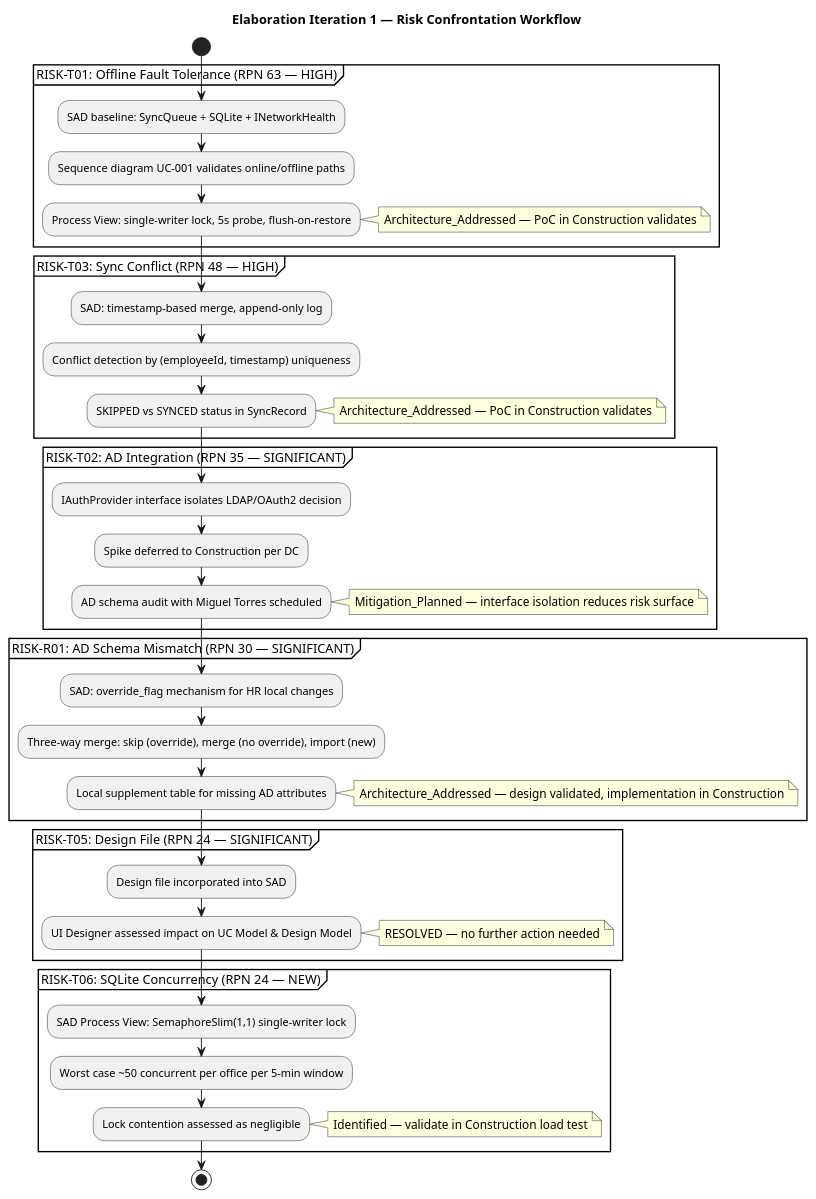
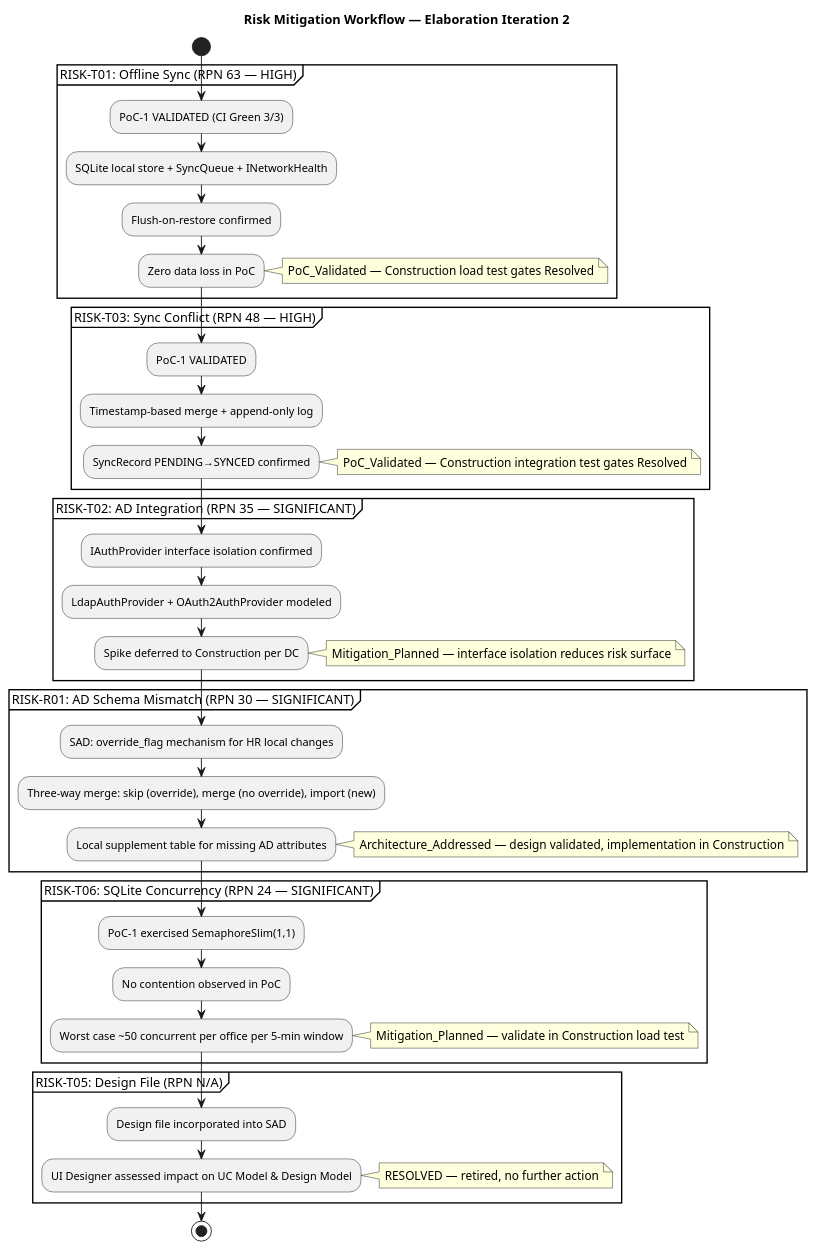
Before and after one commit to banense-test/demo-janke-lab: the fifth of 5 diagrams in docs/artifacts/project-management/risk-list.md, drawn with PlantUML. The commit also changed other lines of this file, not shown here.

First line of the commit message:
Project Manager [E2]: upsert Risk List

````diff
--- a/docs/artifacts/project-management/risk-list.md
+++ b/docs/artifacts/project-management/risk-list.md
@@ -301,50 +446,50 @@
 ```plantuml
 @startuml
-title Elaboration Iteration 1 — Risk Confrontation Workflow
+title Risk Mitigation Workflow — Elaboration Iteration 2
 
 start
-
-partition "RISK-T01: Offline Fault Tolerance (RPN 63 — HIGH)" {
-  :SAD baseline: SyncQueue + SQLite + INetworkHealth;
-  :Sequence diagram UC-001 validates online/offline paths;
-  :Process View: single-writer lock, 5s probe, flush-on-restore;
-  note right: Architecture_Addressed — PoC in Construction validates
+partition "RISK-T01: Offline Sync (RPN 63 — HIGH)" {
+  :PoC-1 VALIDATED (CI Green 3/3);
+  :SQLite local store + SyncQueue + INetworkHealth;
+  :Flush-on-restore confirmed;
+  :Zero data loss in PoC;
+  note right: PoC_Validated — Construction load test gates Resolved
 }
 
 partition "RISK-T03: Sync Conflict (RPN 48 — HIGH)" {
-  :SAD: timestamp-based merge, append-only log;
-  :Conflict detection by (employeeId, timestamp) uniqueness;
-  :SKIPPED vs SYNCED status in SyncRecord;
-  note right: Architecture_Addressed — PoC in Construction validates
+  :PoC-1 VALIDATED;
+  :Timestamp-based merge + append-only log;
+  :SyncRecord PENDING→SYNCED confirmed;
+  note right: PoC_Validated — Construction integration test gates Resolved
 }
 
 partition "RISK-T02: AD Integration (RPN 35 — SIGNIFICANT)" {
-  :IAuthProvider interface isolates LDAP/OAuth2 decision;
+  :IAuthProvider interface isolation confirmed;
+  :LdapAuthProvider + OAuth2AuthProvider modeled;
   :Spike deferred to Construction per DC;
-  :AD schema audit with Miguel Torres scheduled;
   note right: Mitigation_Planned — interface isolation reduces risk surface
 }
 
 partition "RISK-R01: AD Schema Mismatch (RPN 30 — SIGNIFICANT)" {
   :SAD: override_flag mechanism for HR local changes;
   :Three-way merge: skip (override), merge (no override), import (new);
   :Local supplement table for missing AD attributes;
   note right: Architecture_Addressed — design validated, implementation in Construction
 }
 
-partition "RISK-T05: Design File (RPN 24 — SIGNIFICANT)" {
+partition "RISK-T06: SQLite Concurrency (RPN 24 — SIGNIFICANT)" {
+  :PoC-1 exercised SemaphoreSlim(1,1);
+  :No contention observed in PoC;
+  :Worst case ~50 concurrent per office per 5-min window;
+  note right: Mitigation_Planned — validate in Construction load test
+}
+
+partition "RISK-T05: Design File (RPN N/A)" {
   :Design file incorporated into SAD;
   :UI Designer assessed impact on UC Model & Design Model;
-  note right: RESOLVED — no further action needed
-}
-
-partition "RISK-T06: SQLite Concurrency (RPN 24 — NEW)" {
-  :SAD Process View: SemaphoreSlim(1,1) single-writer lock;
-  :Worst case ~50 concurrent per office per 5-min window;
-  :Lock contention assessed as negligible;
-  note right: Identified — validate in Construction load test
+  note right: RESOLVED — retired, no further action
 }
 
 stop
 @enduml
 ```
````
